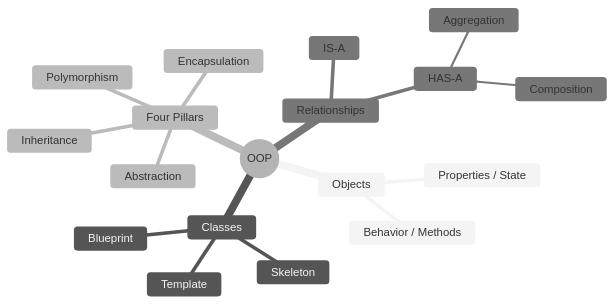
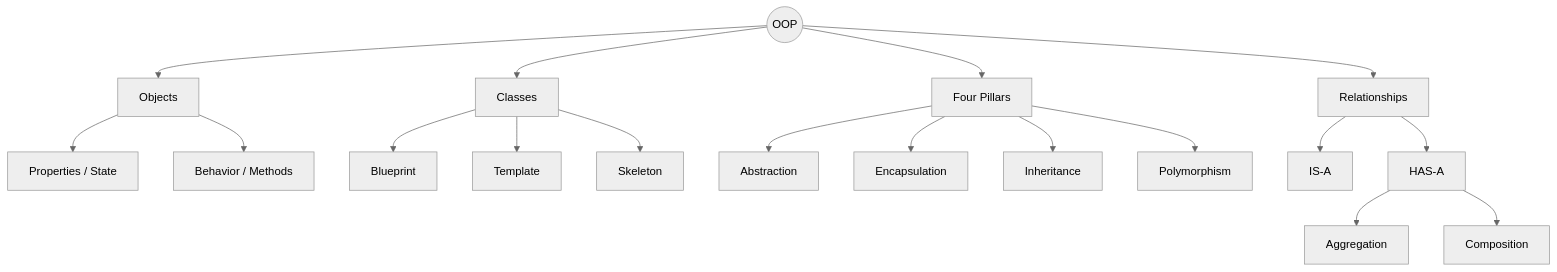
One commit to devgupta4526/CodePlus changed the first of 13 diagrams in java-mastery/src/content/lessons/oop-fundamentals.mdx. Above: the diagram before and after it, drawn with Mermaid (neutral theme). The commit also changed other lines of this file and 153 other files, not shown here.

````diff
--- a/java-mastery/src/content/lessons/oop-fundamentals.mdx
+++ b/java-mastery/src/content/lessons/oop-fundamentals.mdx
@@ -67,21 +67,24 @@
 ```mermaid
-mindmap
-  root((OOP))
-    Objects
-      Properties / State
-      Behavior / Methods
-    Classes
-      Blueprint
-      Template
-      Skeleton
-    Four Pillars
-      Abstraction
-      Encapsulation
-      Inheritance
-      Polymorphism
-    Relationships
-      IS-A
-      HAS-A
-        Aggregation
-        Composition
+flowchart TD
+    OOP((OOP))
+    OOP --> Objects
+    Objects --> Properties["Properties / State"]
+    Objects --> Behavior["Behavior / Methods"]
+    
+    OOP --> Classes
+    Classes --> Blueprint
+    Classes --> Template
+    Classes --> Skeleton
+    
+    OOP --> Pillars["Four Pillars"]
+    Pillars --> Abstraction
+    Pillars --> Encapsulation
+    Pillars --> Inheritance
+    Pillars --> Polymorphism
+    
+    OOP --> Relationships
+    Relationships --> ISA["IS-A"]
+    Relationships --> HASA["HAS-A"]
+    HASA --> Aggregation
+    HASA --> Composition
 ```
````
